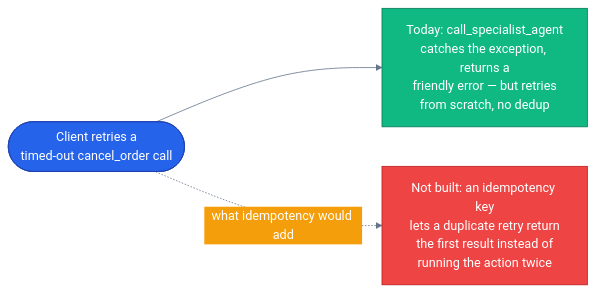
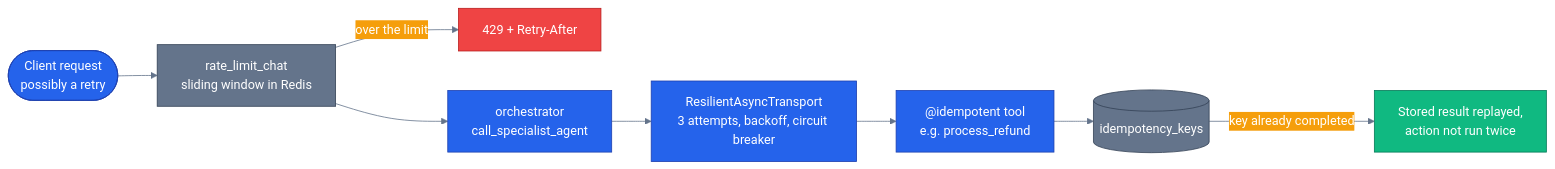
The diagram in docs/concepts/14-production-concerns.md (rakyma0228/eCommerce-agent), drawn with Mermaid before and after one commit. The commit also changed other lines of this file and 30 other files, not shown here.

First line of the commit message:
docs: third pass: quick start, concepts, configuration, schema, API reference, benchmark (#198)

````diff
--- a/docs/concepts/14-production-concerns.md
+++ b/docs/concepts/14-production-concerns.md
@@ -73,17 +81,24 @@
 ```mermaid
 %%{init: {'theme':'base', 'themeVariables': {
   'primaryColor': '#2563eb','primaryTextColor': '#ffffff','primaryBorderColor': '#1e40af',
   'lineColor': '#64748b','secondaryColor': '#f59e0b','tertiaryColor': '#10b981',
   'background': 'transparent'}}}%%
 flowchart LR
   classDef core    fill:#2563eb,stroke:#1e40af,color:#ffffff
   classDef success fill:#10b981,stroke:#047857,color:#ffffff
   classDef error   fill:#ef4444,stroke:#b91c1c,color:#ffffff
+  classDef infra   fill:#64748b,stroke:#334155,color:#ffffff
 
-  req(["Client retries a<br/>timed-out cancel_order call"]) --> today["Today: call_specialist_agent<br/>catches the exception, returns a<br/>friendly error — but retries<br/>from scratch, no dedup"]
-  req -.what idempotency would add.-> future["Not built: an idempotency key<br/>lets a duplicate retry return<br/>the first result instead of<br/>running the action twice"]
+  req(["Client request<br/>possibly a retry"]) --> limit["rate_limit_chat<br/>sliding window in Redis"]
+  limit -->|over the limit| refuse["429 + Retry-After"]
+  limit --> orch["orchestrator<br/>call_specialist_agent"]
+  orch --> transport["ResilientAsyncTransport<br/>3 attempts, backoff, circuit breaker"]
+  transport --> tool["@idempotent tool<br/>e.g. process_refund"]
+  tool --> keys[("idempotency_keys")]
+  keys -->|key already completed| replay["Stored result replayed,<br/>action not run twice"]
 
-  class req core
-  class today success
-  class future error
+  class req,orch,transport,tool core
+  class limit,keys infra
+  class refuse error
+  class replay success
 ```
````
